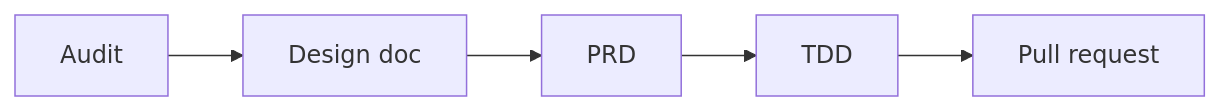
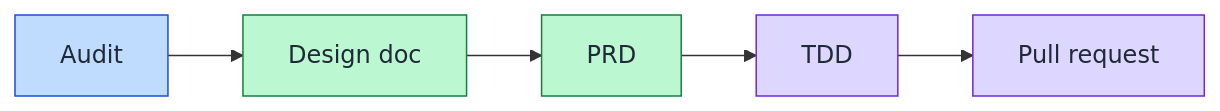
Before and after one commit to victusfate/scaffold: the diagram in docs/diagrams/pages/prune.md, drawn with Mermaid. The commit also changed other lines of this file and 20 other files, not shown here.

First line of the commit message:
docs(diagram-explorer-md): lane colors from the diagram palette; short LLM block

````diff
--- a/docs/diagrams/pages/prune.md
+++ b/docs/diagrams/pages/prune.md
@@ -7,7 +7,13 @@
 ```mermaid
 flowchart LR
   n_audit["Audit"] --> n_design["Design doc"]
   n_design["Design doc"] --> n_prd["PRD"]
   n_prd["PRD"] --> n_tdd["TDD"]
   n_tdd["TDD"] --> n_pr["Pull request"]
+  classDef lane0 fill:#bfdbfe,stroke:#1d4ed8,color:#1f2937
+  classDef lane1 fill:#bbf7d0,stroke:#15803d,color:#1f2937
+  classDef lane2 fill:#ddd6fe,stroke:#6d28d9,color:#1f2937
+  class n_audit lane0
+  class n_design,n_prd lane1
+  class n_tdd,n_pr lane2
 ```
````
